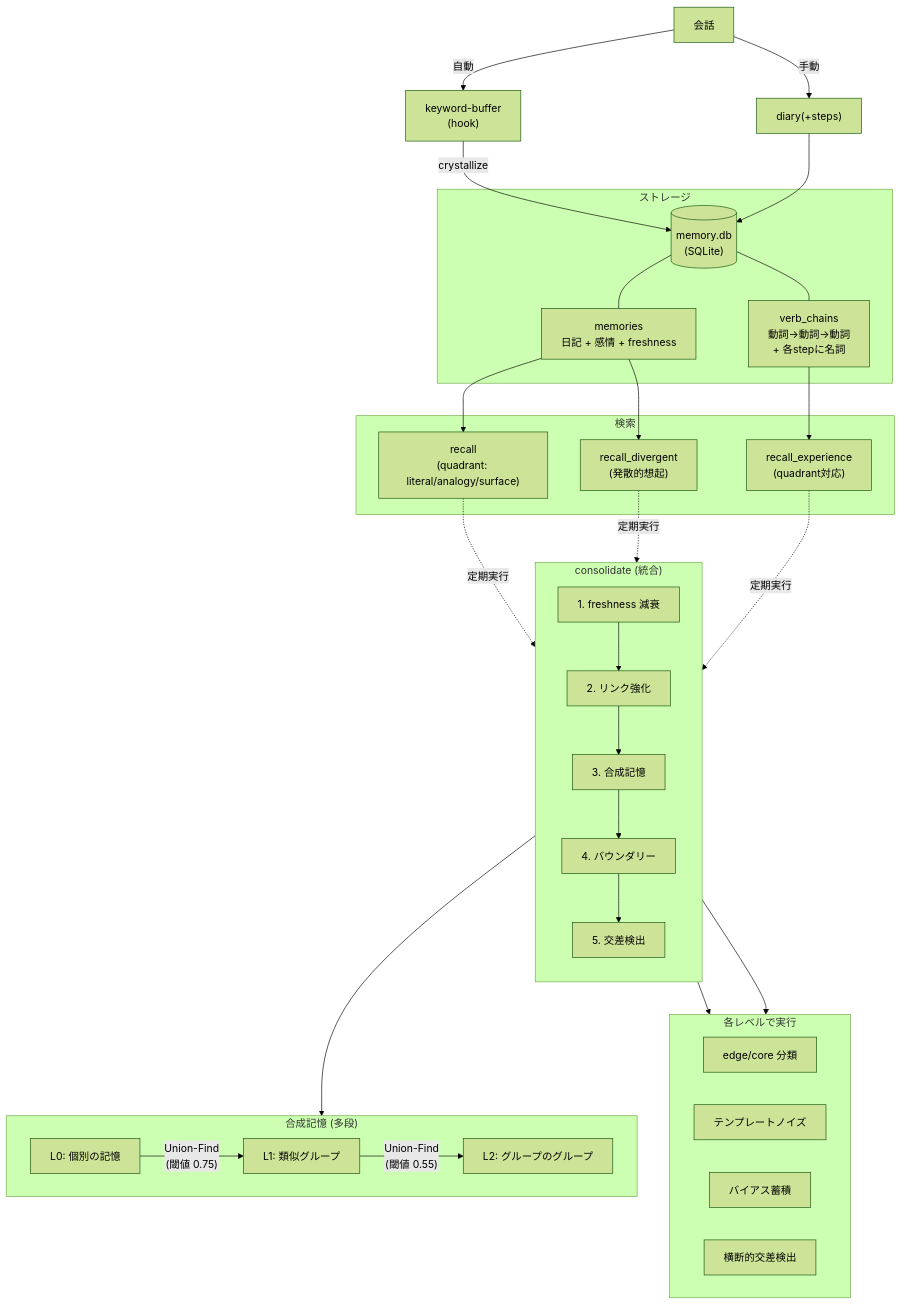
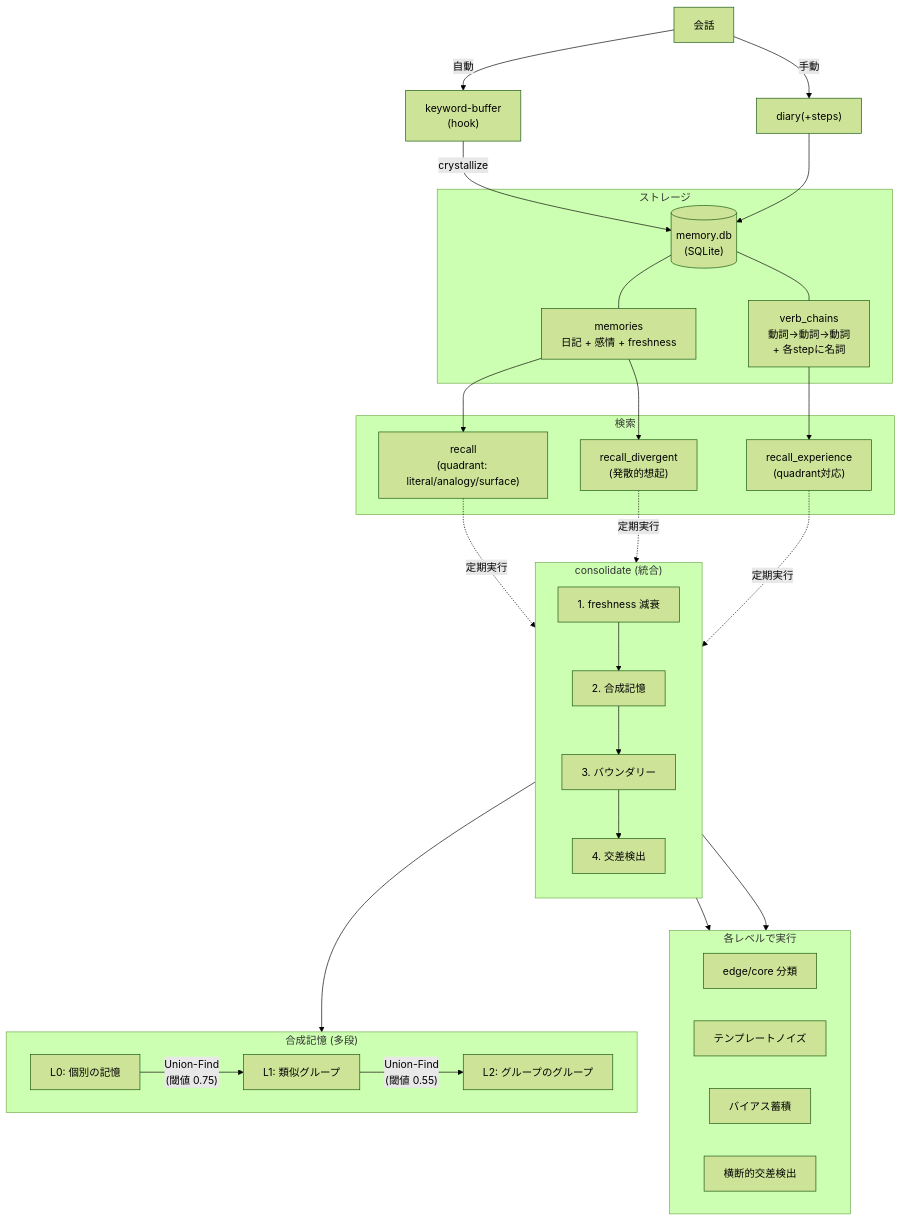
One commit to heishio/embodied-claude-rem changed the diagram in README.md. Above: the diagram before and after it, drawn with Mermaid (forest theme). The commit also changed other lines of this file, not shown here.

Commit message:
docs: README更新（リンク強化・chain_depth記述を削除）

````diff
--- a/README.md
+++ b/README.md
@@ -16,58 +16,57 @@
 ```mermaid
 flowchart TD
     A["会話"] -->|自動| B["keyword-buffer\n(hook)"]
     A -->|手動| C["diary(+steps)"]
 
     B -->|crystallize| D[("memory.db\n(SQLite)")]
     C --> D
 
     subgraph storage ["ストレージ"]
         D
         M["memories\n日記 + 感情 + freshness"]
         V["verb_chains\n動詞→動詞→動詞\n+ 各stepに名詞"]
         D --- M
         D --- V
     end
 
     subgraph recall ["検索"]
         R1["recall\n(quadrant: literal/analogy/surface)"]
         R2["recall_divergent\n(発散的想起)"]
         R3["recall_experience\n(quadrant対応)"]
     end
 
     M --> R1
     M --> R2
     V --> R3
 
     subgraph consolidate ["consolidate (統合)"]
         direction TB
         C1["1. freshness 減衰"]
-        C2["2. リンク強化"]
-        C3["3. 合成記憶"]
-        C4["4. バウンダリー"]
-        C5["5. 交差検出"]
-        C1 --> C2 --> C3 --> C4 --> C5
+        C3["2. 合成記憶"]
+        C4["3. バウンダリー"]
+        C5["4. 交差検出"]
+        C1 --> C3 --> C4 --> C5
     end
 
     R1 & R2 & R3 -.->|定期実行| consolidate
 
     subgraph composite ["合成記憶 (多段)"]
         L0["L0: 個別の記憶"]
         L1["L1: 類似グループ"]
         L2["L2: グループのグループ"]
         L0 -->|"Union-Find\n(閾値 0.75)"| L1
         L1 -->|"Union-Find\n(閾値 0.55)"| L2
     end
 
     C3 --> composite
 
     subgraph boundary ["各レベルで実行"]
         E1["edge/core 分類"]
         E2["テンプレートノイズ"]
         E3["バイアス蓄積"]
         E4["横断的交差検出"]
     end
 
     C4 --> boundary
     C5 --> boundary
 ```
````
